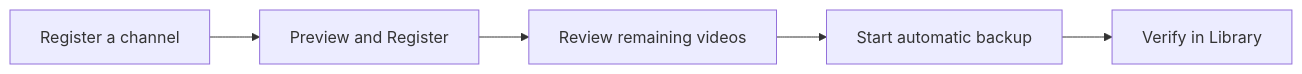
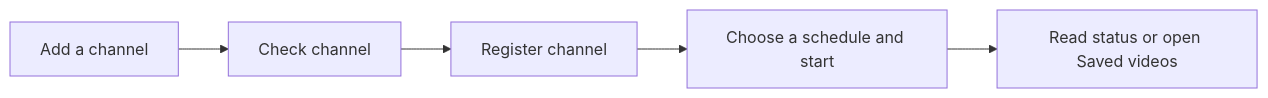
One commit to hyeonsangjeon/channel-vault-nas changed the diagram in docs/usage/index.md. Above: the diagram before and after it, drawn with Mermaid. The commit also changed other lines of this file and 104 other files, not shown here.

````diff
--- a/docs/usage/index.md
+++ b/docs/usage/index.md
@@ -5,7 +5,7 @@
 ```mermaid
 flowchart LR
-  A[Register a channel] --> B[Preview and Register]
-  B --> C[Review remaining videos]
-  C --> D[Start automatic backup]
-  D --> E[Verify in Library]
+  A[Add a channel] --> B[Check channel]
+  B --> C[Register channel]
+  C --> D[Choose a schedule and start]
+  D --> E[Read status or open Saved videos]
 ```
````
